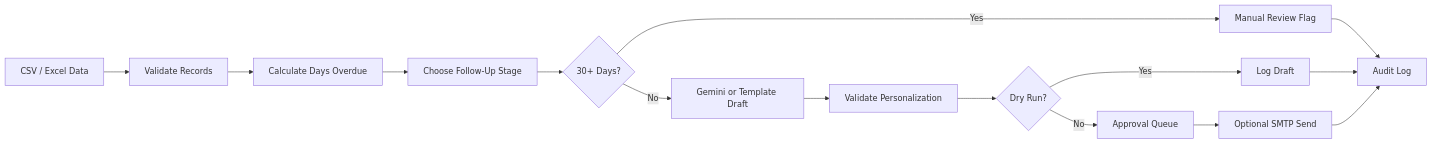
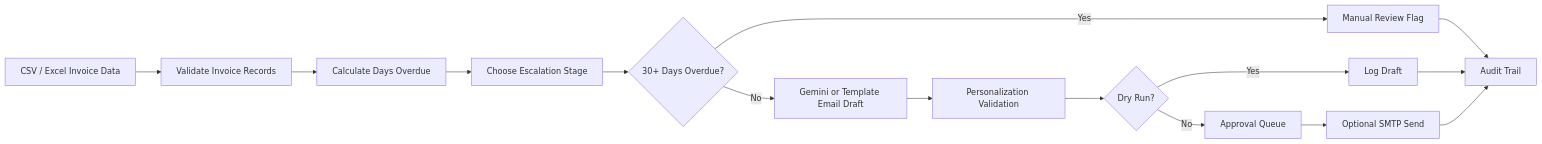
The diagram in README.md (gargDhruv12/finance-agent), drawn with Mermaid before and after one commit. The commit also changed other lines of this file and 3 other files, not shown here.

````diff
--- a/README.md
+++ b/README.md
@@ -137,17 +138,17 @@
 ```mermaid
 flowchart LR
-  A["CSV / Excel Data"] --> B["Validate Records"]
+  A["CSV / Excel Invoice Data"] --> B["Validate Invoice Records"]
   B --> C["Calculate Days Overdue"]
-  C --> D["Choose Follow-Up Stage"]
-  D --> E{"30+ Days?"}
+  C --> D["Choose Escalation Stage"]
+  D --> E{"30+ Days Overdue?"}
   E -- "Yes" --> F["Manual Review Flag"]
-  E -- "No" --> G["Gemini or Template Draft"]
-  G --> H["Validate Personalization"]
+  E -- "No" --> G["Gemini or Template Email Draft"]
+  G --> H["Personalization Validation"]
   H --> I{"Dry Run?"}
   I -- "Yes" --> J["Log Draft"]
   I -- "No" --> K["Approval Queue"]
   K --> L["Optional SMTP Send"]
-  F --> M["Audit Log"]
+  F --> M["Audit Trail"]
   J --> M
   L --> M
 ```
````
